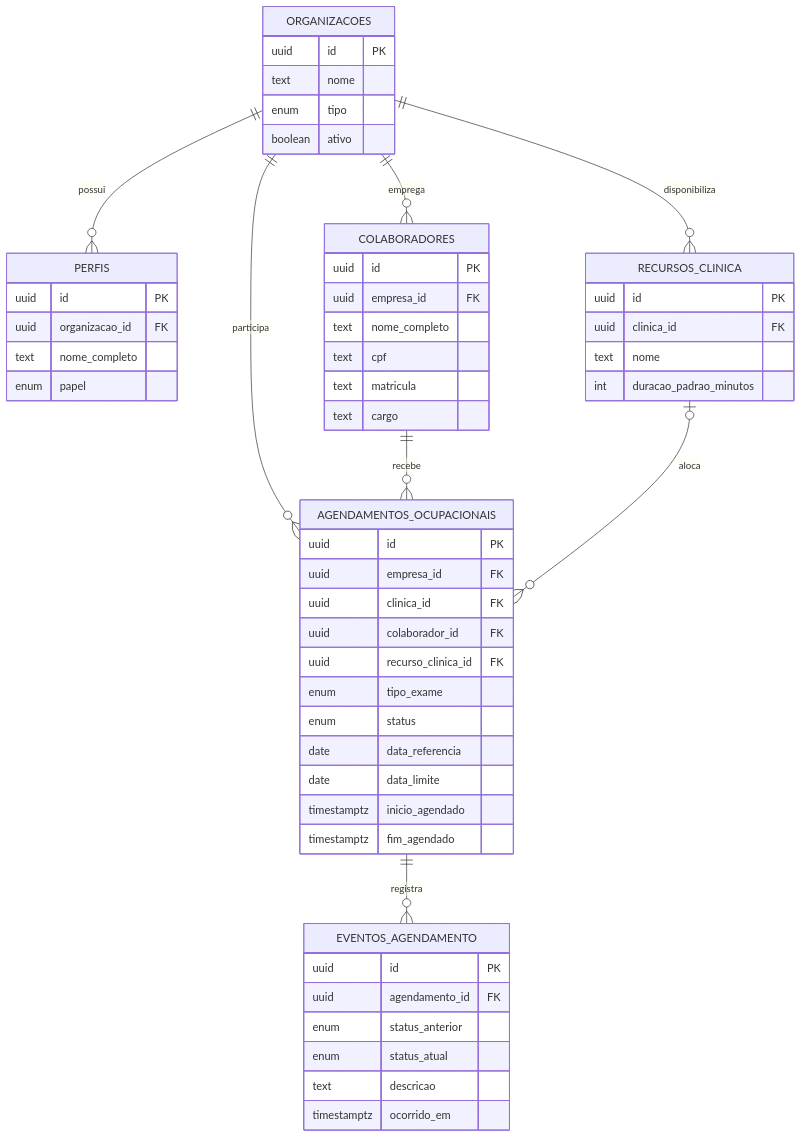
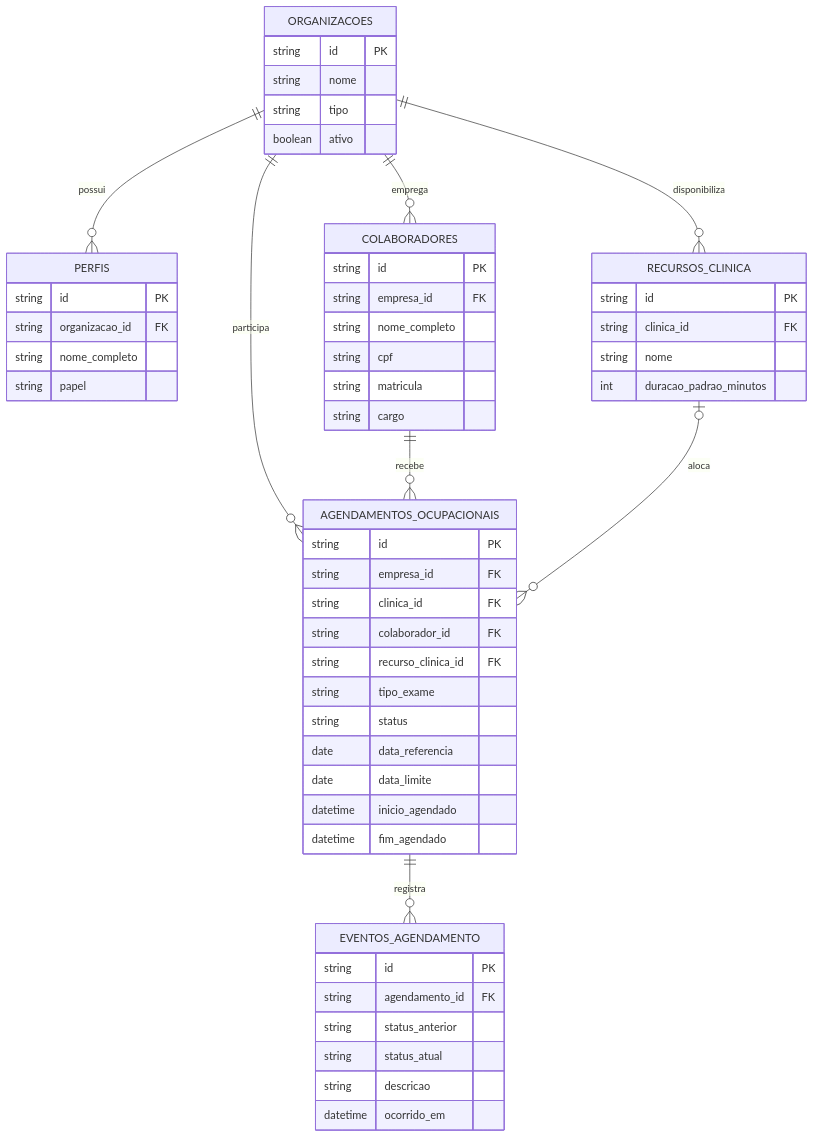
One commit to StephanieGadoniS/ciclo-ocupacional changed the third of 5 diagrams in README-TECNICO.md. Above: the diagram before and after it, drawn with Mermaid.

````diff
--- a/README-TECNICO.md
+++ b/README-TECNICO.md
@@ -260,63 +260,63 @@
 ```mermaid
 erDiagram
+    ORGANIZACOES {
+        string id PK
+        string nome
+        string tipo
+        boolean ativo
+    }
+
+    PERFIS {
+        string id PK
+        string organizacao_id FK
+        string nome_completo
+        string papel
+    }
+
+    COLABORADORES {
+        string id PK
+        string empresa_id FK
+        string nome_completo
+        string cpf
+        string matricula
+        string cargo
+    }
+
+    RECURSOS_CLINICA {
+        string id PK
+        string clinica_id FK
+        string nome
+        int duracao_padrao_minutos
+    }
+
+    AGENDAMENTOS_OCUPACIONAIS {
+        string id PK
+        string empresa_id FK
+        string clinica_id FK
+        string colaborador_id FK
+        string recurso_clinica_id FK
+        string tipo_exame
+        string status
+        date data_referencia
+        date data_limite
+        datetime inicio_agendado
+        datetime fim_agendado
+    }
+
+    EVENTOS_AGENDAMENTO {
+        string id PK
+        string agendamento_id FK
+        string status_anterior
+        string status_atual
+        string descricao
+        datetime ocorrido_em
+    }
+
     ORGANIZACOES ||--o{ PERFIS : possui
     ORGANIZACOES ||--o{ COLABORADORES : emprega
     ORGANIZACOES ||--o{ RECURSOS_CLINICA : disponibiliza
     ORGANIZACOES ||--o{ AGENDAMENTOS_OCUPACIONAIS : participa
     COLABORADORES ||--o{ AGENDAMENTOS_OCUPACIONAIS : recebe
     RECURSOS_CLINICA o|--o{ AGENDAMENTOS_OCUPACIONAIS : aloca
     AGENDAMENTOS_OCUPACIONAIS ||--o{ EVENTOS_AGENDAMENTO : registra
-
-    ORGANIZACOES {
-        uuid id PK
-        text nome
-        enum tipo
-        boolean ativo
-    }
-
-    PERFIS {
-        uuid id PK
-        uuid organizacao_id FK
-        text nome_completo
-        enum papel
-    }
-
-    COLABORADORES {
-        uuid id PK
-        uuid empresa_id FK
-        text nome_completo
-        text cpf
-        text matricula
-        text cargo
-    }
-
-    RECURSOS_CLINICA {
-        uuid id PK
-        uuid clinica_id FK
-        text nome
-        int duracao_padrao_minutos
-    }
-
-    AGENDAMENTOS_OCUPACIONAIS {
-        uuid id PK
-        uuid empresa_id FK
-        uuid clinica_id FK
-        uuid colaborador_id FK
-        uuid recurso_clinica_id FK
-        enum tipo_exame
-        enum status
-        date data_referencia
-        date data_limite
-        timestamptz inicio_agendado
-        timestamptz fim_agendado
-    }
-
-    EVENTOS_AGENDAMENTO {
-        uuid id PK
-        uuid agendamento_id FK
-        enum status_anterior
-        enum status_atual
-        text descricao
-        timestamptz ocorrido_em
-    }
 ```
````
